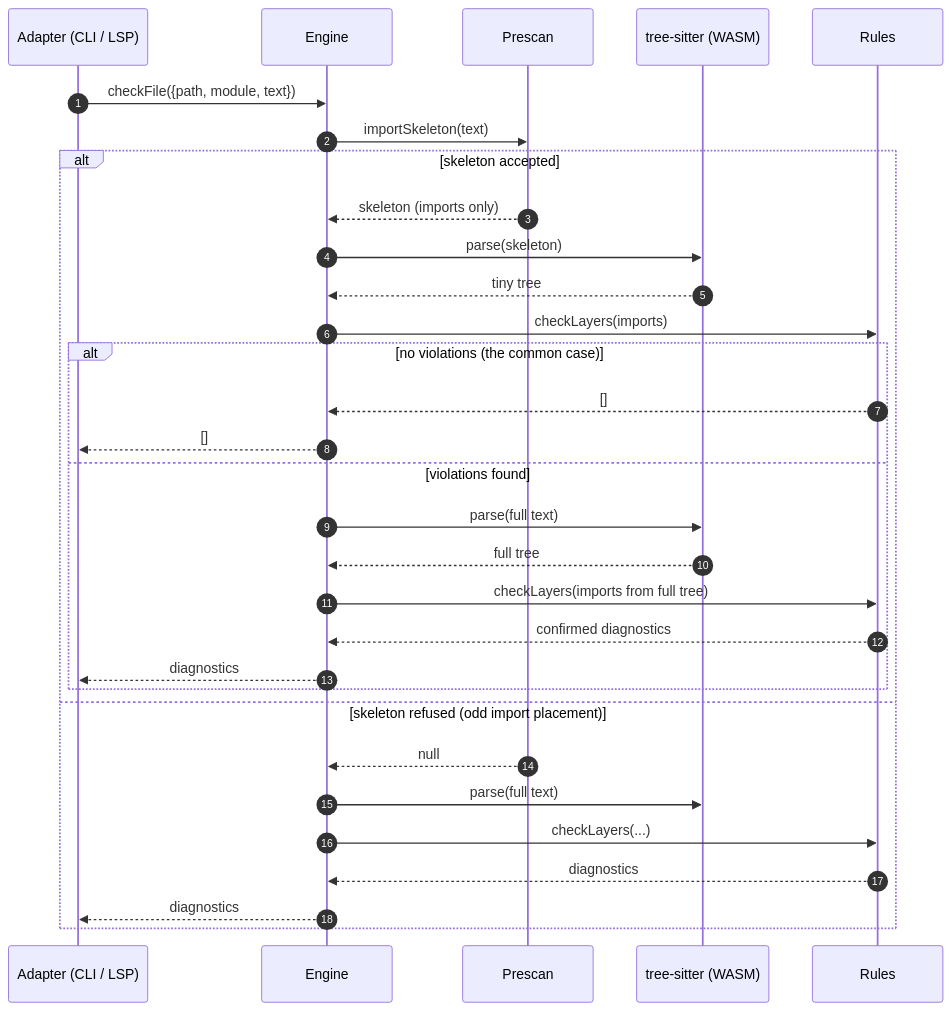
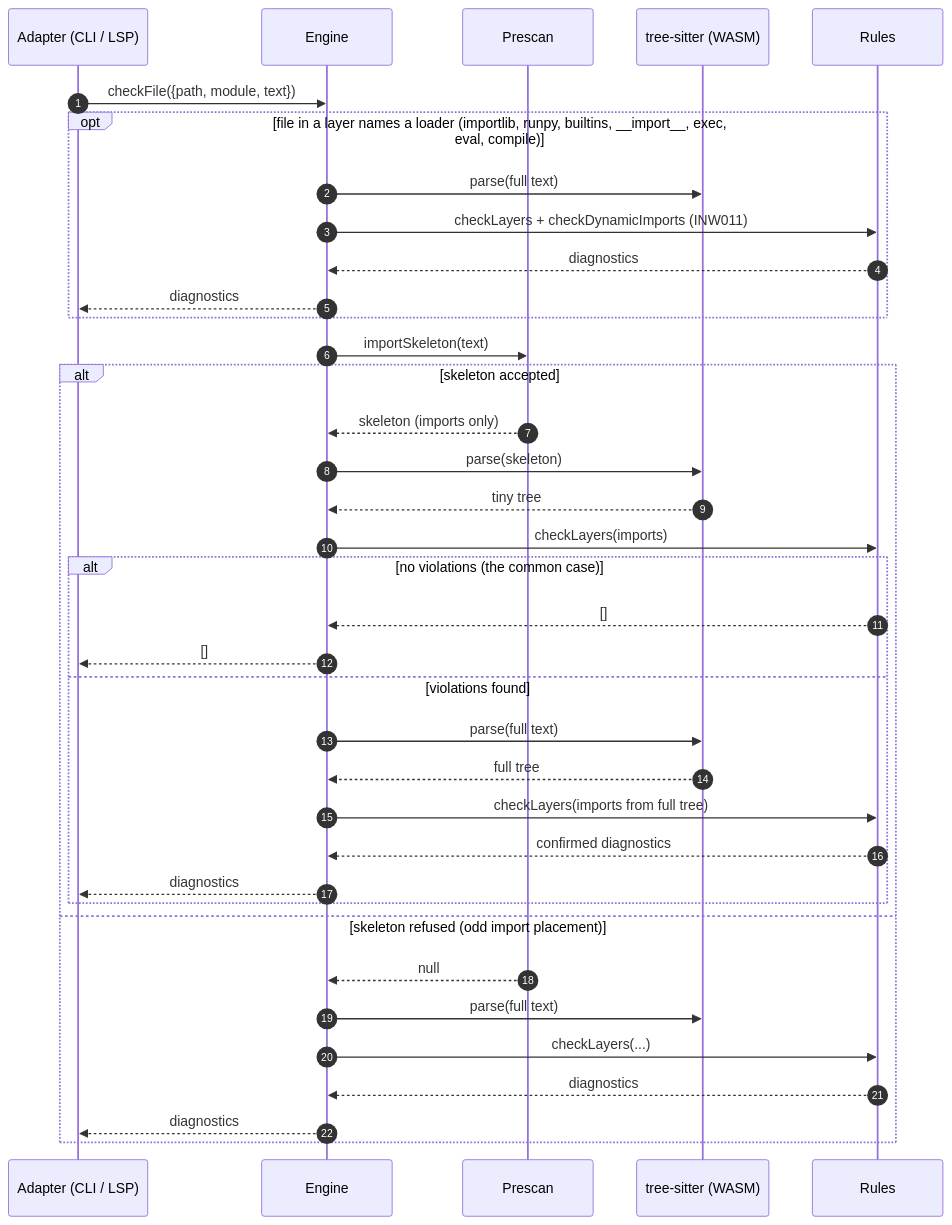
Before and after one commit to SirCypkowskyy/inwards: the fourth of 6 diagrams in docs/chapters/03-Architecture-C4.md, drawn with Mermaid. The commit also changed other lines of this file and 14 other files, not shown here.

First line of the commit message:
INW011: report literal dynamic imports that reach an outer layer

````diff
--- a/docs/chapters/03-Architecture-C4.md
+++ b/docs/chapters/03-Architecture-C4.md
@@ -161,34 +161,40 @@
 ```mermaid
 sequenceDiagram
     autonumber
     participant A as Adapter (CLI / LSP)
     participant E as Engine
     participant P as Prescan
     participant T as tree-sitter (WASM)
     participant R as Rules
 
     A->>E: checkFile({path, module, text})
+    opt file in a layer names a loader (importlib, runpy, builtins, __import__, exec, eval, compile)
+        E->>T: parse(full text)
+        E->>R: checkLayers + checkDynamicImports (INW011)
+        R-->>E: diagnostics
+        E-->>A: diagnostics
+    end
     E->>P: importSkeleton(text)
     alt skeleton accepted
         P-->>E: skeleton (imports only)
         E->>T: parse(skeleton)
         T-->>E: tiny tree
         E->>R: checkLayers(imports)
         alt no violations (the common case)
             R-->>E: []
             E-->>A: []
         else violations found
             E->>T: parse(full text)
             T-->>E: full tree
             E->>R: checkLayers(imports from full tree)
             R-->>E: confirmed diagnostics
             E-->>A: diagnostics
         end
     else skeleton refused (odd import placement)
         P-->>E: null
         E->>T: parse(full text)
         E->>R: checkLayers(...)
         R-->>E: diagnostics
         E-->>A: diagnostics
     end
 ```
````
